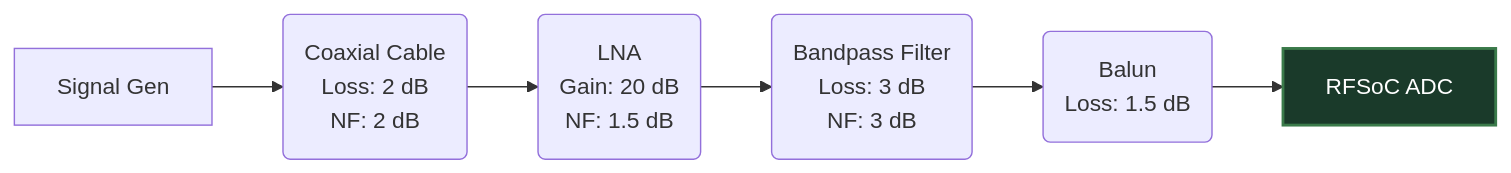
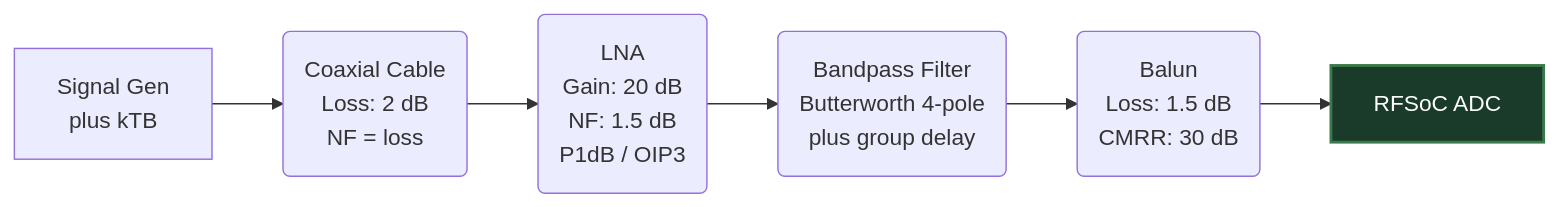
The diagram in docs/02_rf_front_end_modeling.md (marc-cr1810/rfsoc-sim), drawn with Mermaid before and after one commit. The commit also changed other lines of this file and 8 other files, not shown here.

````diff
--- a/docs/02_rf_front_end_modeling.md
+++ b/docs/02_rf_front_end_modeling.md
@@ -33,10 +104,10 @@
 ```mermaid
 graph LR
-    A[Signal Gen] --> B(Coaxial Cable\nLoss: 2 dB\nNF: 2 dB)
-    B --> C(LNA\nGain: 20 dB\nNF: 1.5 dB)
-    C --> D(Bandpass Filter\nLoss: 3 dB\nNF: 3 dB)
-    D --> E(Balun\nLoss: 1.5 dB)
+    A[Signal Gen<br/>plus kTB] --> B(Coaxial Cable<br/>Loss: 2 dB<br/>NF = loss)
+    B --> C(LNA<br/>Gain: 20 dB<br/>NF: 1.5 dB<br/>P1dB / OIP3)
+    C --> D(Bandpass Filter<br/>Butterworth 4-pole<br/>plus group delay)
+    D --> E(Balun<br/>Loss: 1.5 dB<br/>CMRR: 30 dB)
     E --> F[RFSoC ADC]
-    
+
     style F fill:#1a3a2a,stroke:#3a7a4a,stroke-width:2px,color:#fff
 ```
````
